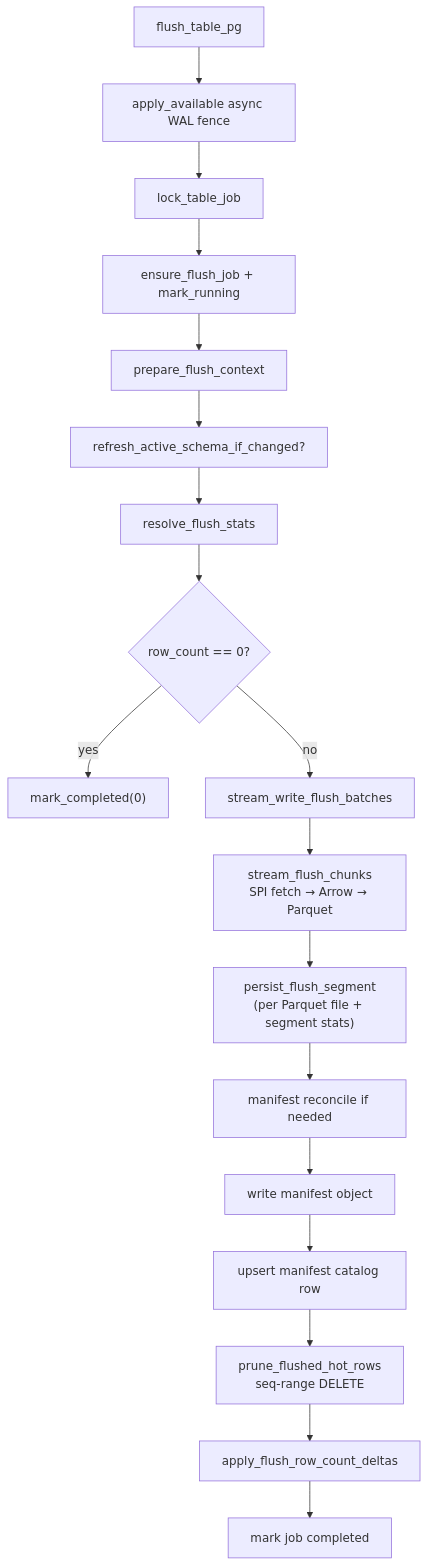
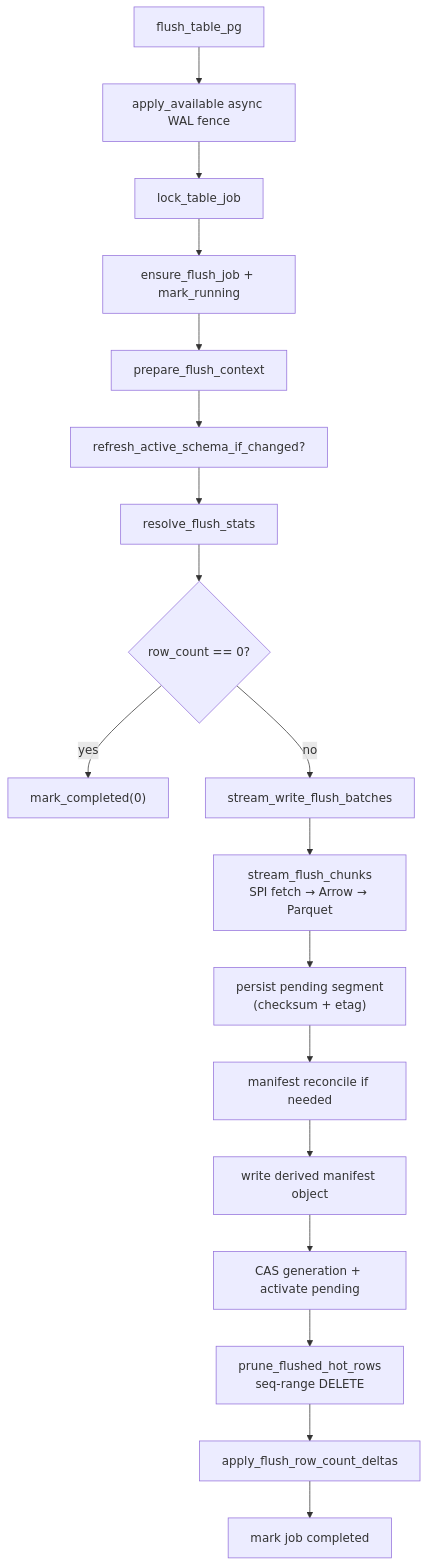
The diagram in docs/architecture/flushing-table.md (kalamdb/koldstore), drawn with Mermaid before and after one commit. The commit also changed other lines of this file and 27 other files, not shown here.

First line of the commit message:
Add CAS-based pending segment activation

````diff
--- a/docs/architecture/flushing-table.md
+++ b/docs/architecture/flushing-table.md
@@ -21,20 +21,20 @@
 ```mermaid
 flowchart TD
   A["flush_table_pg"] --> W["apply_available async WAL fence"]
   W --> B["lock_table_job"]
   B --> C["ensure_flush_job + mark_running"]
   C --> D["prepare_flush_context"]
   D --> E["refresh_active_schema_if_changed?"]
   E --> F["resolve_flush_stats"]
   F --> G{row_count == 0?}
   G -->|yes| H["mark_completed(0)"]
   G -->|no| I["stream_write_flush_batches"]
   I --> J["stream_flush_chunks\nSPI fetch → Arrow → Parquet"]
-  J --> K["persist_flush_segment\n(per Parquet file + segment stats)"]
+  J --> K["persist pending segment\n(checksum + etag)"]
   K --> L["manifest reconcile if needed"]
-  L --> M["write manifest object"]
-  M --> N["upsert manifest catalog row"]
+  L --> M["write derived manifest object"]
+  M --> N["CAS generation + activate pending"]
   N --> O["prune_flushed_hot_rows\nseq-range DELETE"]
   O --> P["apply_flush_row_count_deltas"]
   P --> Q["mark job completed"]
 ```
````
